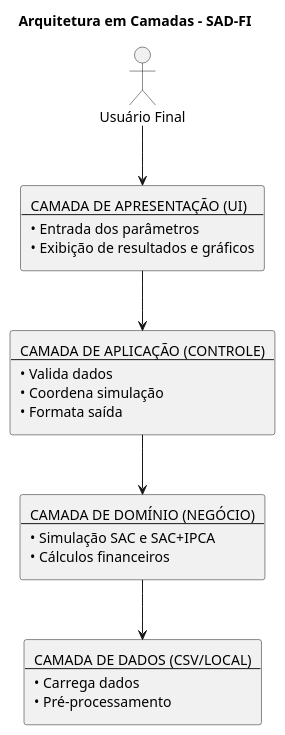
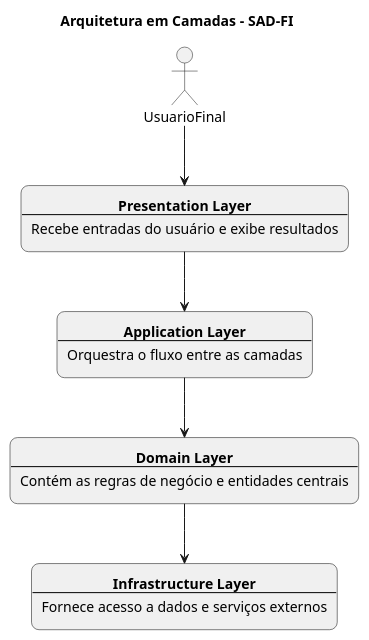
One commit to edinaldormj/SAD-FI changed the diagram in docs/camadas.puml. Above: the diagram before and after it, drawn with PlantUML. The commit also changed other lines of this file and 24 other files, not shown here.

```diff
--- a/docs/camadas.puml
+++ b/docs/camadas.puml
@@ -1,19 +1,26 @@
-@startuml
-title Arquitetura em Camadas - SAD-FI
+@startuml ArquiteturaCamadas
 
-actor "Usuário Final" as User
+title Arquitetura em Camadas – SAD-FI
 
-rectangle "CAMADA DE APRESENTAÇÃO (UI)\n---\n• Entrada dos parâmetros\n• Exibição de resultados e gráficos" as UI
+skinparam rectangle {
+  BackgroundColor #F0F0F0
+  BorderColor black
+  RoundCorner 15
+}
+skinparam defaultFontName "Arial"
+skinparam defaultTextAlignment center
+skinparam linetype ortho
 
-rectangle "CAMADA DE APLICAÇÃO (CONTROLE)\n---\n• Valida dados\n• Coordena simulação\n• Formata saída" as Controller
+actor UsuarioFinal as Usuario
 
-rectangle "CAMADA DE DOMÍNIO (NEGÓCIO)\n---\n• Simulação SAC e SAC+IPCA\n• Cálculos financeiros" as Domain
+rectangle "**Presentation Layer**\n----\nRecebe entradas do usuário e exibe resultados" as Presentation
+rectangle "**Application Layer**\n----\nOrquestra o fluxo entre as camadas" as Application
+rectangle "**Domain Layer**\n----\nContém as regras de negócio e entidades centrais" as Domain
+rectangle "**Infrastructure Layer**\n----\nFornece acesso a dados e serviços externos" as Infrastructure
 
-rectangle "CAMADA DE DADOS (CSV/LOCAL)\n---\n• Carrega dados\n• Pré-processamento" as Data
-
-User --> UI
-UI --> Controller
-Controller --> Domain
-Domain --> Data
+Usuario --> Presentation
+Presentation --> Application
+Application --> Domain
+Domain --> Infrastructure
 
 @enduml
```
